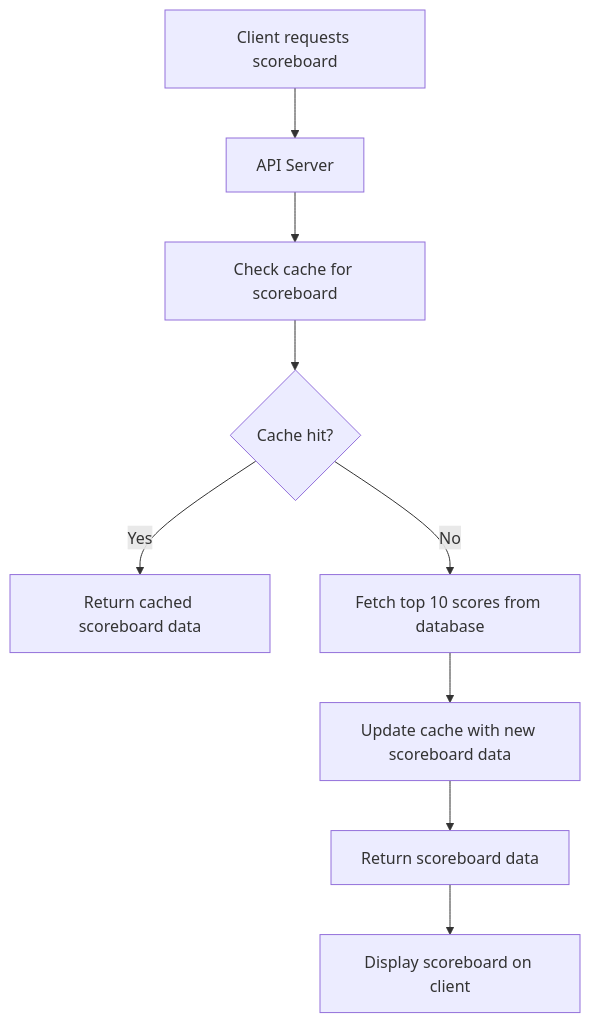
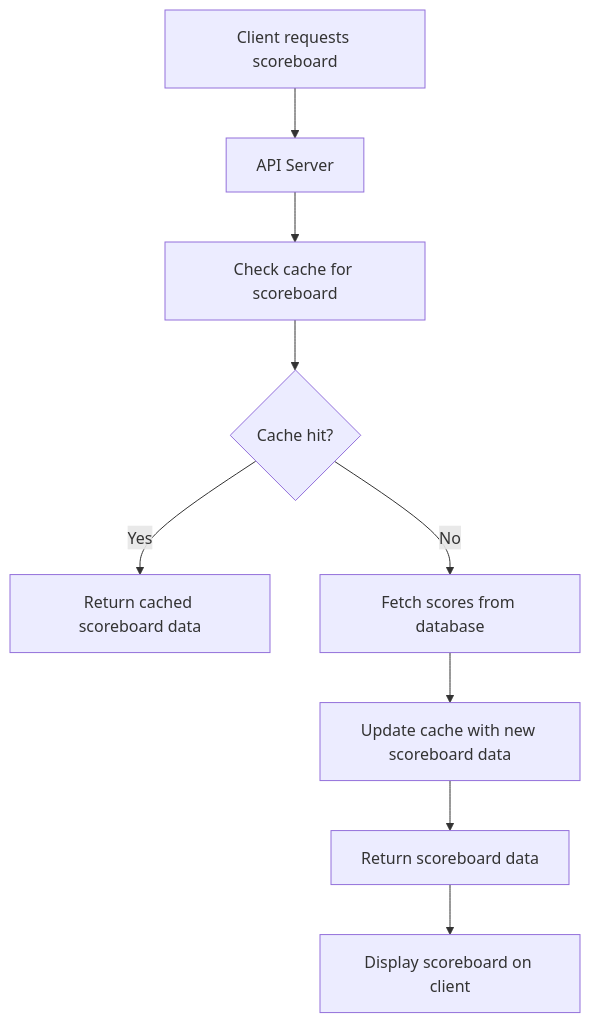
The first of 3 diagrams in src/problem5/readme.md (Phu1237/PhanMinhPhu), drawn with Mermaid before and after one commit. The commit also changed other lines of this file, not shown here.

````diff
--- a/src/problem5/readme.md
+++ b/src/problem5/readme.md
@@ -57,11 +57,11 @@
 ```mermaid
 graph TD
     A[Client requests scoreboard] --> B[API Server]
     B --> C[Check cache for scoreboard]
     C --> D{Cache hit?}
     D -- Yes --> E[Return cached scoreboard data]
-    D -- No --> F[Fetch top 10 scores from database]
+    D -- No --> F[Fetch scores from database]
     F --> G[Update cache with new scoreboard data]
     G --> H[Return scoreboard data]
     H --> I[Display scoreboard on client]
 ```
````
